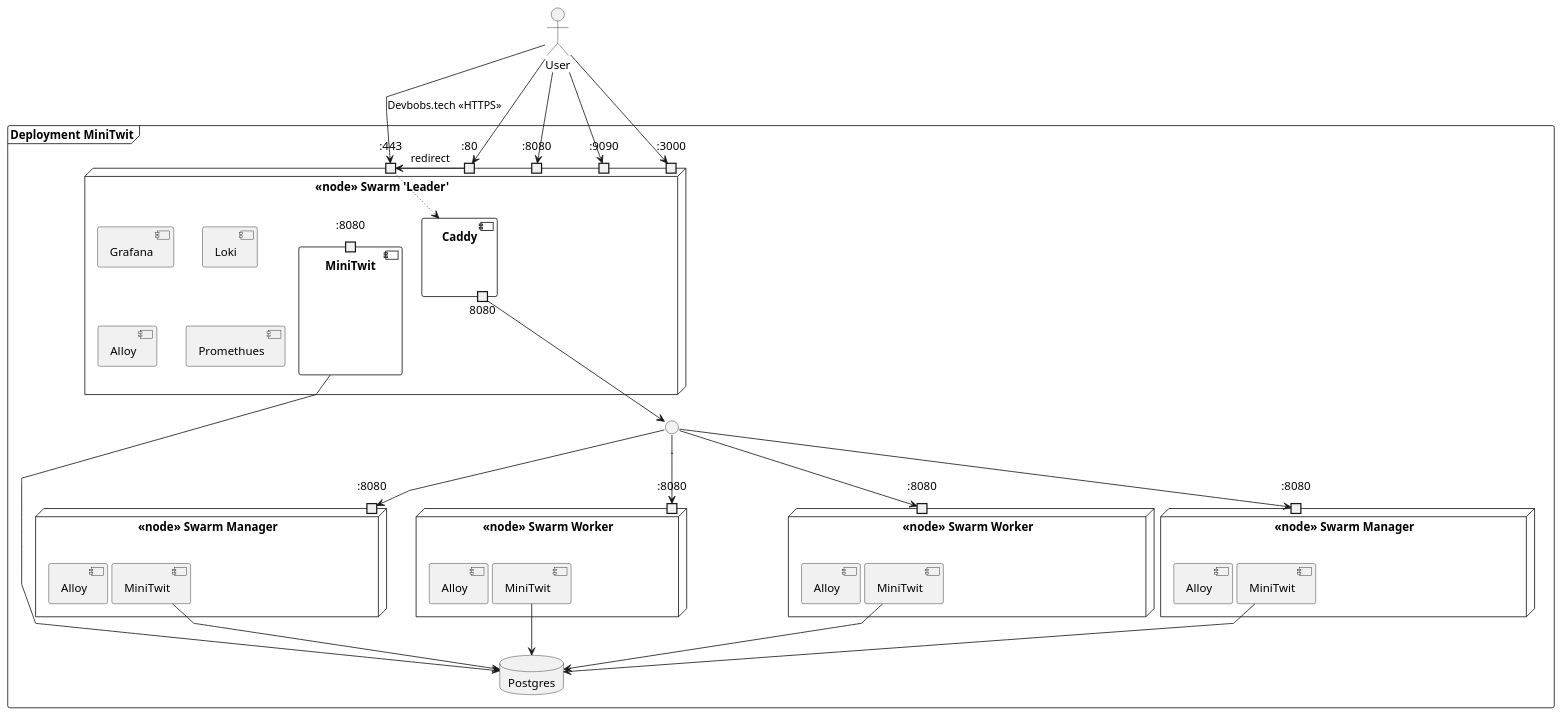
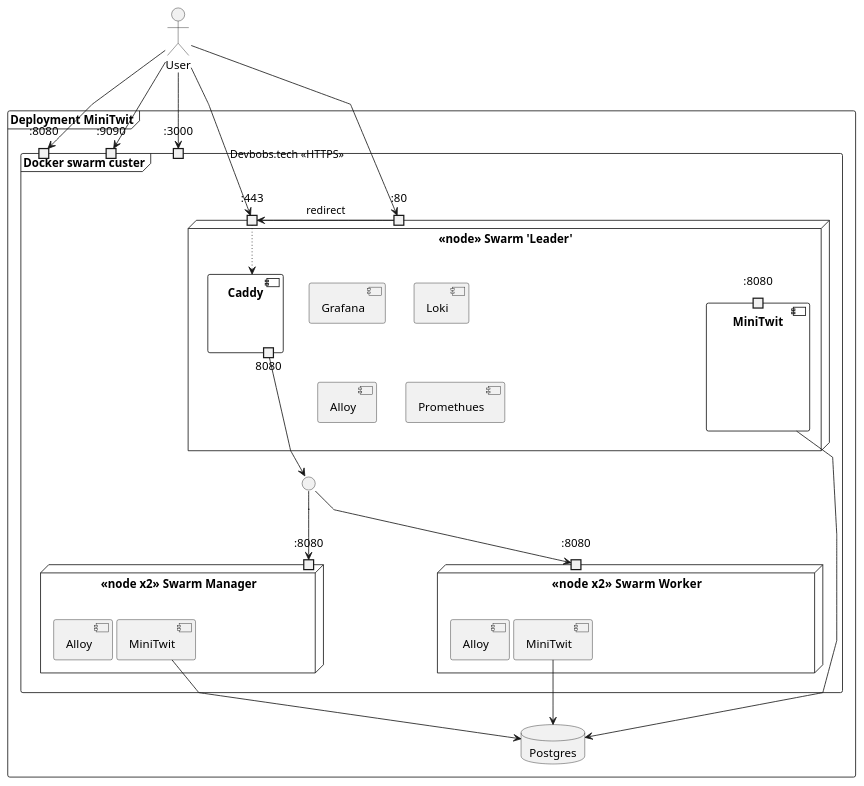
One commit to DevBobs-devops/Devbobs_MiniTwit changed the diagram in report/src/diagrams/deployment-diagram.puml. Above: the diagram before and after it, drawn with PlantUML.

Commit message:
report: simplify our deployment diagram

```diff
--- a/report/src/diagrams/deployment-diagram.puml
+++ b/report/src/diagrams/deployment-diagram.puml
@@ -1,88 +1,74 @@
 @startuml 
 
 skinparam linetype polyline
 actor User
 
 frame "Deployment MiniTwit" {
     
-
-    node "<<node>> Swarm 'Leader'" {
-        port ":443" as 443
-        port ":80" as 80
+    frame "Docker swarm custer" as cluster {
         port ":8080" as 8080m1
         port ":9090" as 9090
         port ":3000" as 3000
 
-        component MiniTwit as minitwit_leader{
-            portin ":8080" as min_1
-        }
-        component Caddy {
-            portout "8080" as cad_out
-        }
-        component Grafana
-        component Loki
-        component Alloy as alloy_leader
-        component Promethues
+        node "<<node>> Swarm 'Leader'" {
+            port ":443" as 443
+            port ":80" as 80
+
+            component MiniTwit as minitwit_leader{
+                portin ":8080" as min_1
+            }
+            
+            component Grafana
+            component Loki
+            component Alloy as alloy_leader
+            component Promethues
+            component Caddy {
+                portout "8080" as cad_out
+            }
     }
 
     circle "." as circle
 
     together {
-        node "<<node>> Swarm Manager" as manager1 {
+        node "<<node x2>> Swarm Manager"  as manager1 {
             portin ":8080" as 8080m2
             component "MiniTwit" as minitwit_manager1
             component Alloy as alloy_manager1
     
         }
-
-        node "<<node>> Swarm Manager" as manager2 {
-            portin ":8080" as 8080m3
-            component MiniTwit as minitwit_manager2
-            component Alloy as alloy_manager2
-        }
-
-        node "<<node>> Swarm Worker" as worker1 {
+        node "<<node x2>>  Swarm Worker" as worker1 {
             portin ":8080" as 8080m4
             component MiniTwit as minitwit_worker1
 
             component Alloy as alloy_worker1
         }
+    }
+    }
 
-        node "<<node>> Swarm Worker" as worker2 {
-            portin ":8080" as 8080m5
-            component MiniTwit as minitwit_worker2
-            component Alloy as alloy_worker2
-        }
-    }
+    
     
 
     database Postgres {
     }
 }
 
 'We need to dobble checj how Caddy intercepts the request'
 User --> 443 : Devbobs.tech <<HTTPS>> 
 User --> 80
 'User is redirected to 443'
 80 --> 443 : redirect
 User --> 3000
 User --> 8080m1
 User --> 9090
 
 
 443 -[dotted]-> Caddy
 
 cad_out --> circle
 
-
 circle --> 8080m2
-circle --> 8080m3
 circle --> 8080m4
-circle --> 8080m5
-
 minitwit_leader --> Postgres
 minitwit_manager1 --> Postgres
-minitwit_manager2 --> Postgres
 minitwit_worker1 --> Postgres
-minitwit_worker2 --> Postgres
 @enduml
```
